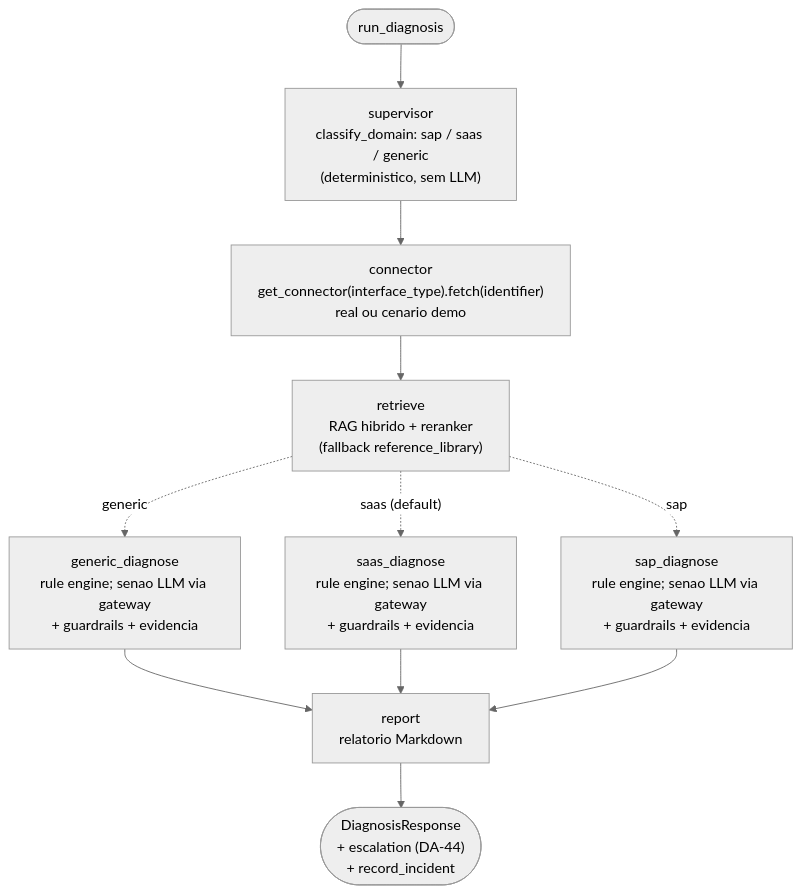
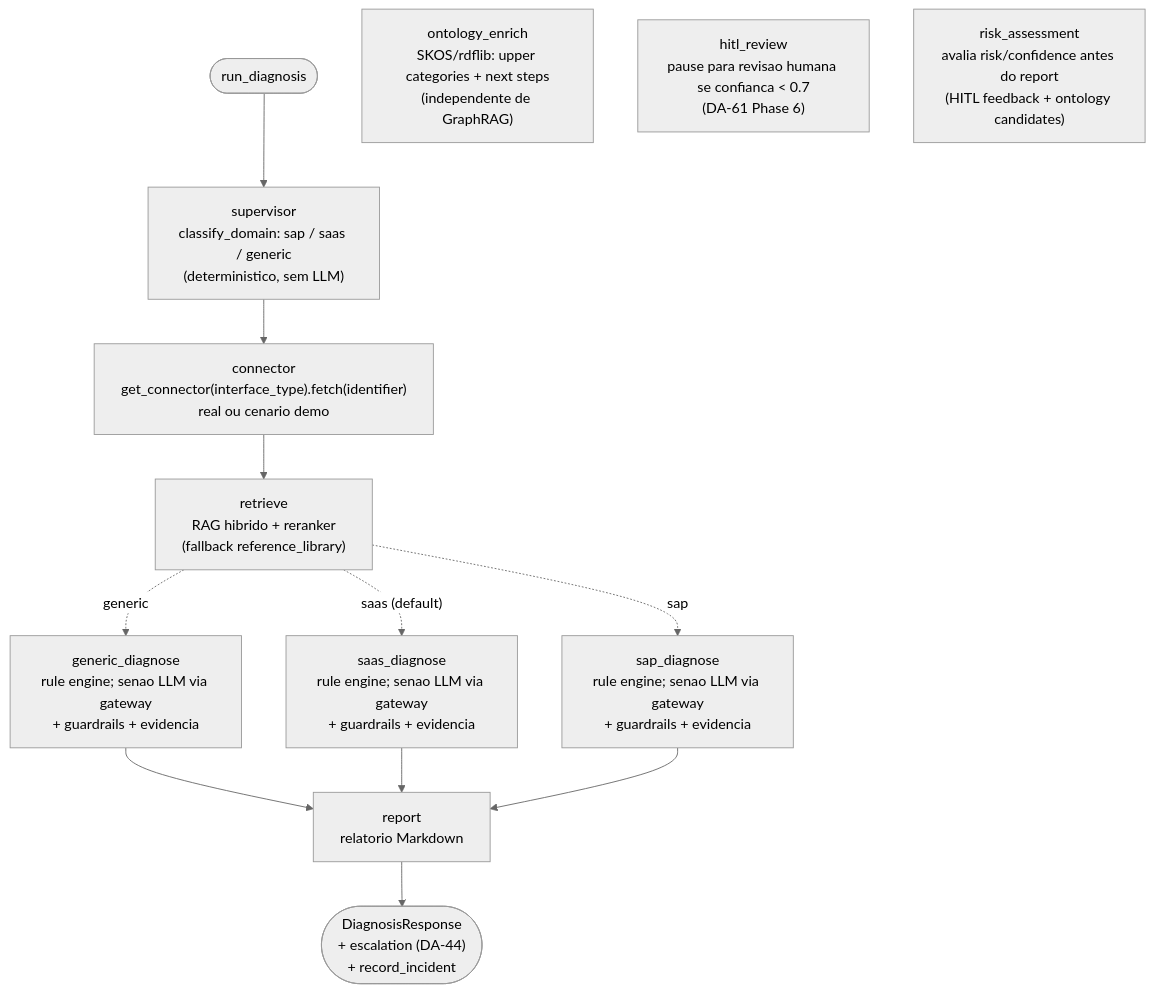
One commit to marcos-slima/integration-incident-copilot changed the diagram in README.pt-BR.md. Above: the diagram before and after it, drawn with Mermaid (neutral theme). The commit also changed 14 other files, not shown here.

First line of the commit message:
feat(DA-61): implement Fase 6 (HITL + risk assessment)

````diff
--- a/README.pt-BR.md
+++ b/README.pt-BR.md
@@ -59,22 +59,25 @@
 ```mermaid
 flowchart TD
     inicio(["run_diagnosis"])
     supervisor["supervisor<br/>classify_domain: sap / saas / generic<br/>(deterministico, sem LLM)"]
     connector["connector<br/>get_connector(interface_type).fetch(identifier)<br/>real ou cenario demo"]
     retrieve["retrieve<br/>RAG hibrido + reranker<br/>(fallback reference_library)"]
     sap_diagnose["sap_diagnose<br/>rule engine; senao LLM via gateway<br/>+ guardrails + evidencia"]
     saas_diagnose["saas_diagnose<br/>rule engine; senao LLM via gateway<br/>+ guardrails + evidencia"]
     generic_diagnose["generic_diagnose<br/>rule engine; senao LLM via gateway<br/>+ guardrails + evidencia"]
     report["report<br/>relatorio Markdown"]
+    ontology_enrich["ontology_enrich<br/>SKOS/rdflib: upper categories + next steps<br/>(independente de GraphRAG)"]
+    hitl_review["hitl_review<br/>pause para revisao humana se confianca < 0.7<br/>(DA-61 Phase 6)"]
+    risk_assessment["risk_assessment<br/>avalia risk/confidence antes do report<br/>(HITL feedback + ontology candidates)"]
     fim(["DiagnosisResponse<br/>+ escalation (DA-44)<br/>+ record_incident"])
     inicio --> supervisor
     connector --> retrieve
     generic_diagnose --> report
     report --> fim
     retrieve -.->|"generic"| generic_diagnose
     retrieve -.->|"saas (default)"| saas_diagnose
     retrieve -.->|"sap"| sap_diagnose
     saas_diagnose --> report
     sap_diagnose --> report
     supervisor --> connector
 ```
````
